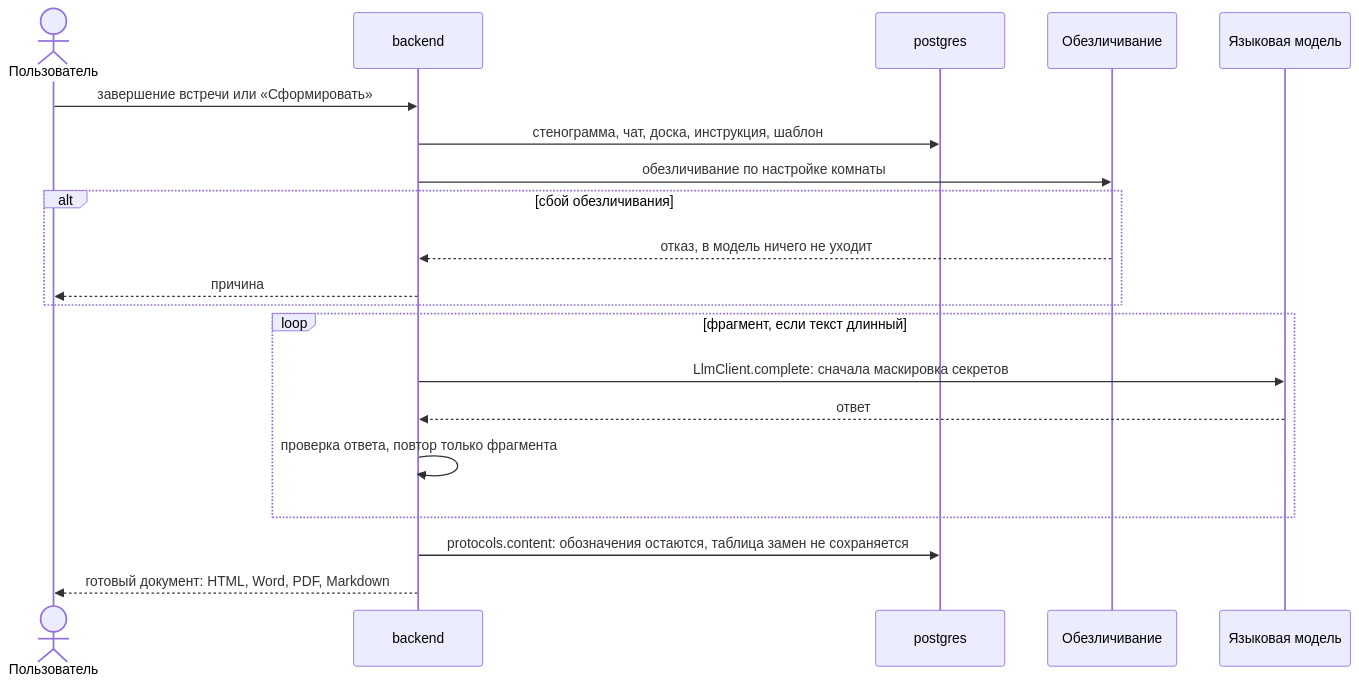
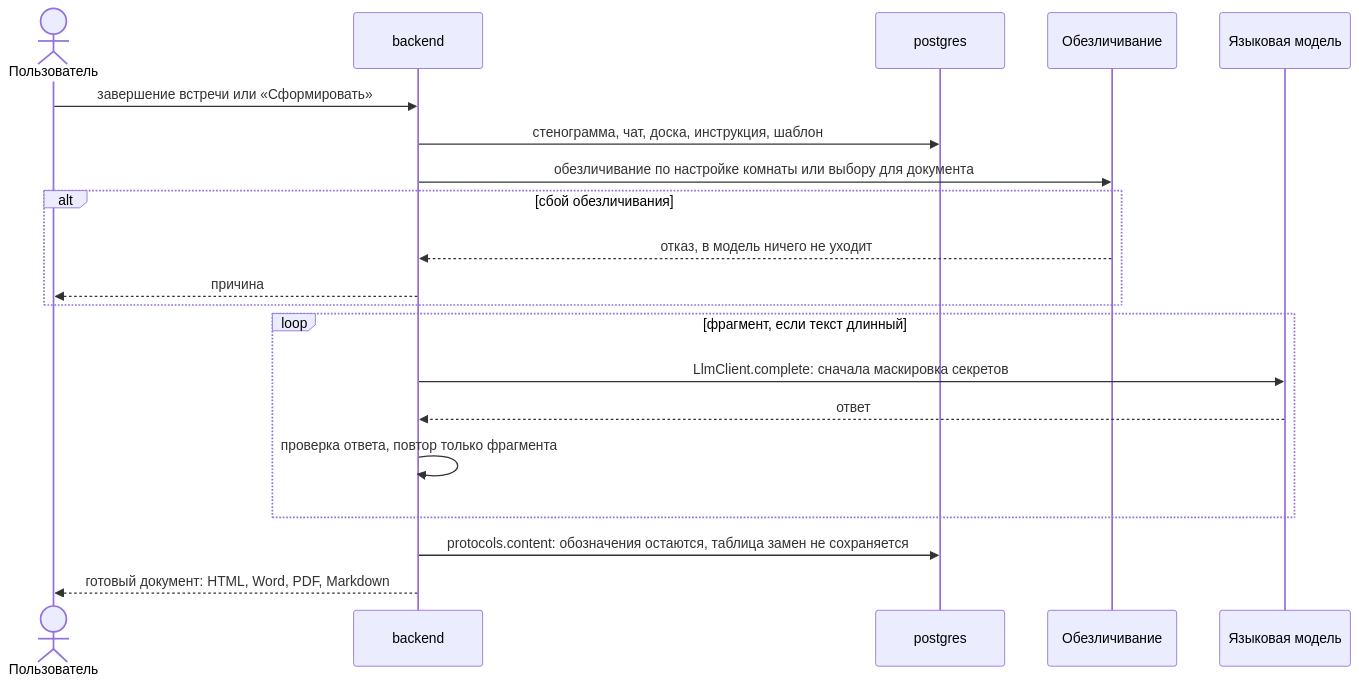
One commit to calleograph/peregovorka changed the sixth of 7 diagrams in wiki/Архитектура-Последовательности-встреч.md. Above: the diagram before and after it, drawn with Mermaid. The commit also changed other lines of this file and 73 other files, not shown here.

````diff
--- a/wiki/Архитектура-Последовательности-встреч.md
+++ b/wiki/Архитектура-Последовательности-встреч.md
@@ -152,22 +158,22 @@
 ```mermaid
 sequenceDiagram
   actor U as Пользователь
   participant B as backend
   participant DB as postgres
   participant P as Обезличивание
   participant L as Языковая модель
   U->>B: завершение встречи или «Сформировать»
   B->>DB: стенограмма, чат, доска, инструкция, шаблон
-  B->>P: обезличивание по настройке комнаты
+  B->>P: обезличивание по настройке комнаты или выбору для документа
   alt сбой обезличивания
     P-->>B: отказ, в модель ничего не уходит
     B-->>U: причина
   end
   loop фрагмент, если текст длинный
     B->>L: LlmClient.complete: сначала маскировка секретов
     L-->>B: ответ
     B->>B: проверка ответа, повтор только фрагмента
   end
   B->>DB: protocols.content: обозначения остаются, таблица замен не сохраняется
   B-->>U: готовый документ: HTML, Word, PDF, Markdown
 ```
````
